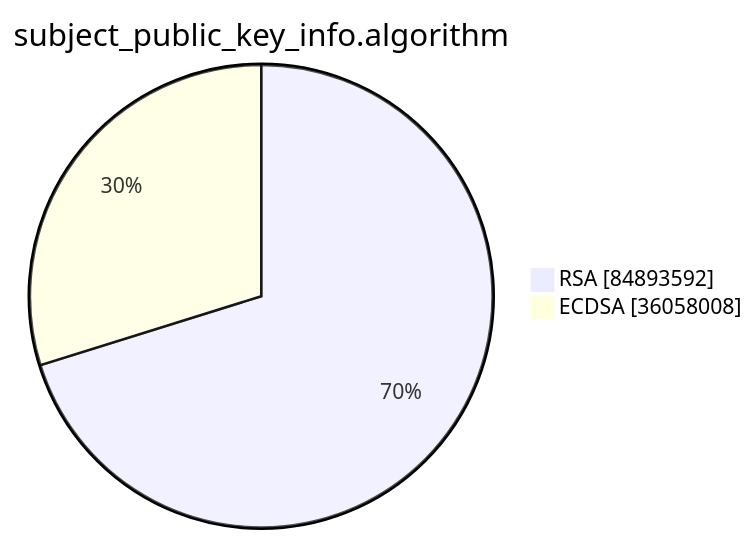
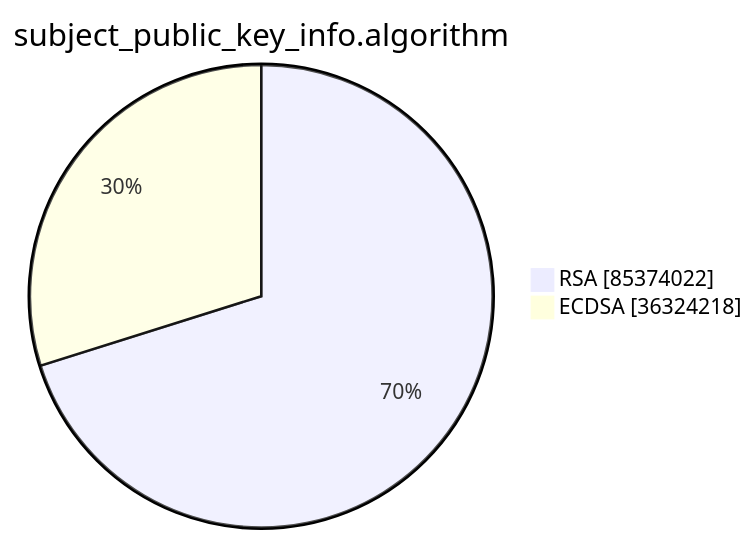
The second of 15 diagrams in argon2023/README.md (christiankrug/ctmonitor_visualization), drawn with Mermaid before and after one commit. The commit also changed other lines of this file, not shown here.

````diff
--- a/argon2023/README.md
+++ b/argon2023/README.md
@@ -6,6 +6,6 @@
 ```mermaid
 pie showData
 title subject_public_key_info.algorithm
-"RSA" :84893592
-"ECDSA" :36058008
+"RSA" :85374022
+"ECDSA" :36324218
 ```
````
